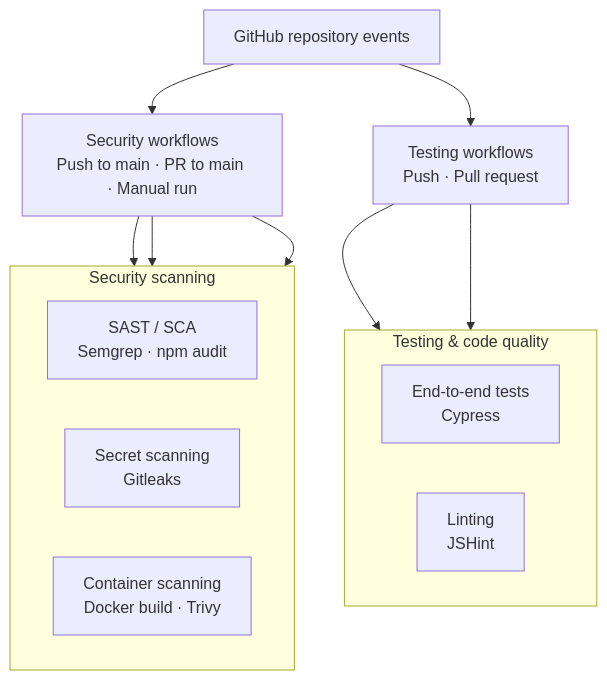
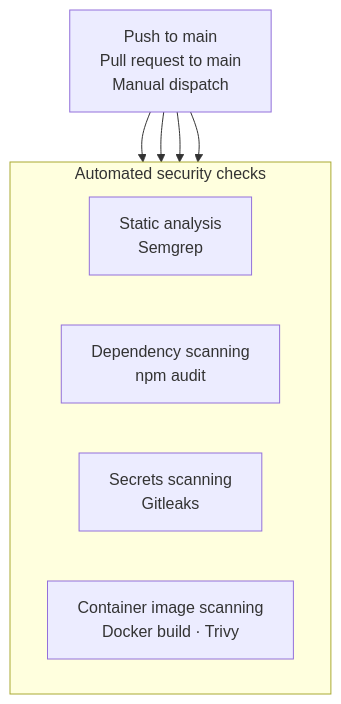
Before and after one commit to geenuthperera/IE3142-DevSecOps-Group76: the diagram in README.md, drawn with Mermaid. The commit also changed other lines of this file, not shown here.

Commit message:
Align README with assessed security project scope

````diff
--- a/README.md
+++ b/README.md
@@ -23,26 +23,17 @@
 ```mermaid
 flowchart TB
-    EVENTS["GitHub repository events"]
+    EVENTS["Push to main<br/>Pull request to main<br/>Manual dispatch"]
 
-    EVENTS --> SEC_TRIGGER["Security workflows<br/>Push to main · PR to main · Manual run"]
-    EVENTS --> QA_TRIGGER["Testing workflows<br/>Push · Pull request"]
-
-    subgraph SECURITY["Security scanning"]
+    subgraph SECURITY["Automated security checks"]
         direction LR
-        SAST["SAST / SCA<br/>Semgrep · npm audit"]
-        GITLEAKS["Secret scanning<br/>Gitleaks"]
-        TRIVY["Container scanning<br/>Docker build · Trivy"]
+        SAST["Static analysis<br/>Semgrep"]
+        SCA["Dependency scanning<br/>npm audit"]
+        GITLEAKS["Secrets scanning<br/>Gitleaks"]
+        TRIVY["Container image scanning<br/>Docker build · Trivy"]
     end
 
-    subgraph QUALITY["Testing & code quality"]
-        direction LR
-        CYPRESS["End-to-end tests<br/>Cypress"]
-        JSHINT["Linting<br/>JSHint"]
-    end
-
-    SEC_TRIGGER --> SAST
-    SEC_TRIGGER --> GITLEAKS
-    SEC_TRIGGER --> TRIVY
-    QA_TRIGGER --> CYPRESS
-    QA_TRIGGER --> JSHINT
+    EVENTS --> SAST
+    EVENTS --> SCA
+    EVENTS --> GITLEAKS
+    EVENTS --> TRIVY
 ```
````
